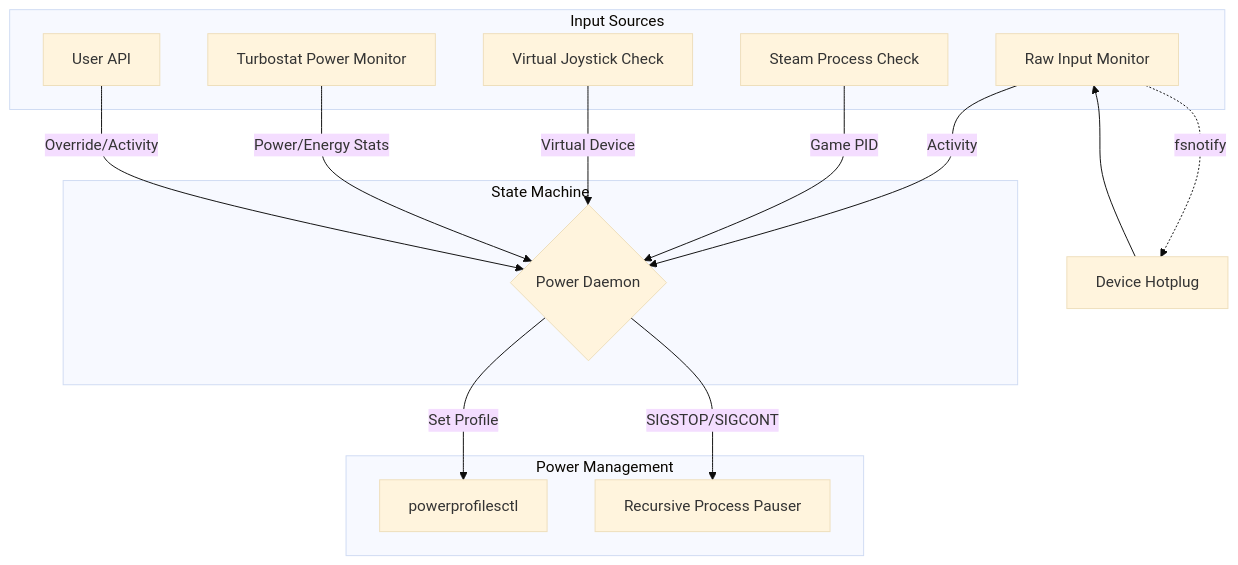
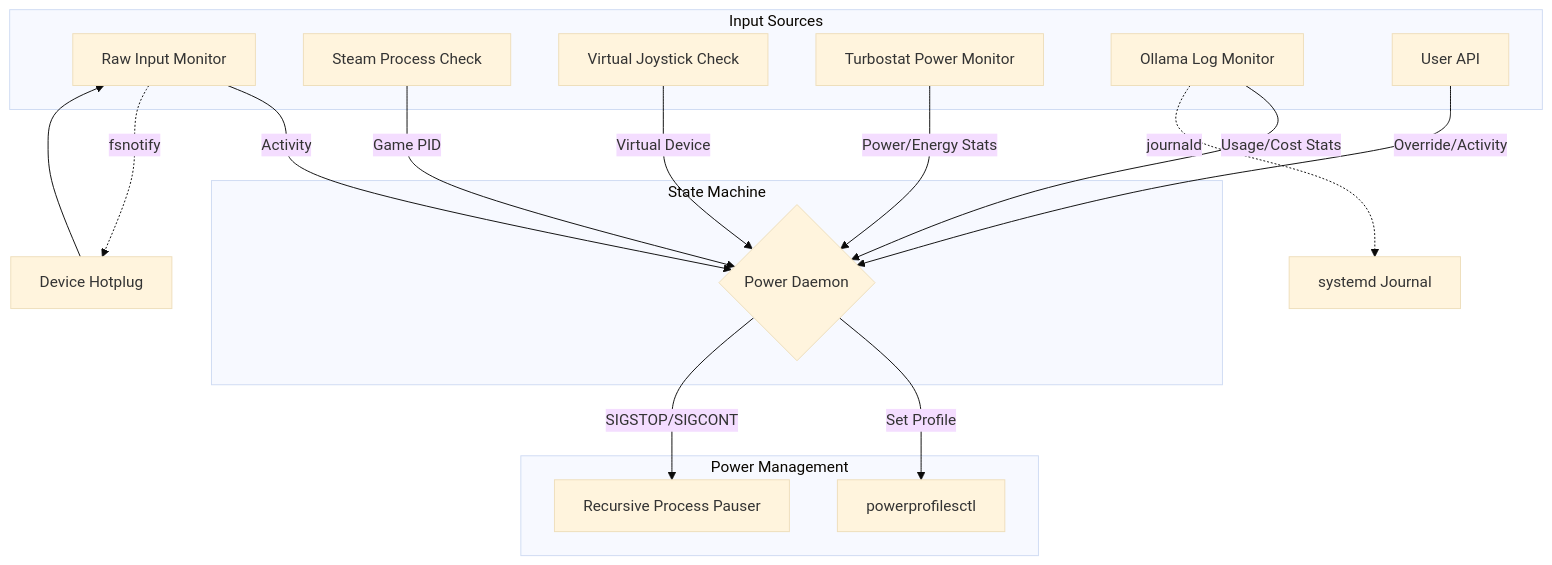
Before and after one commit to zaolin/framework-powerd: the first of 2 diagrams in README.md, drawn with Mermaid (base theme). The commit also changed other lines of this file and 12 other files, not shown here.

First line of the commit message:
feat: add Ollama usage monitoring with cost accounting

````diff
--- a/README.md
+++ b/README.md
@@ -24,30 +26,33 @@
 ```mermaid
 graph TD
     subgraph Sources [Input Sources]
         Input[Raw Input Monitor]
         Steam[Steam Process Check]
         Remote[Virtual Joystick Check]
         Turbo[Turbostat Power Monitor]
+        Ollama[Ollama Log Monitor]
         API[User API]
     end
 
     subgraph Logic [State Machine]
         Main{Power Daemon}
     end
 
     subgraph Actions [Power Management]
         PCTL[powerprofilesctl]
         Pauser[Recursive Process Pauser]
     end
     
     Input -->|Activity| Main
     Steam -->|Game PID| Main
     Remote -->|Virtual Device| Main
     Turbo -->|Power/Energy Stats| Main
+    Ollama -->|Usage/Cost Stats| Main
     API -->|Override/Activity| Main
 
     Main -->|Set Profile| PCTL
     Main -->|SIGSTOP/SIGCONT| Pauser
     Input -.->|fsnotify| Hotplug[Device Hotplug]
     Hotplug --> Input
+    Ollama -.->|journald| Journal[systemd Journal]
 ```
````
